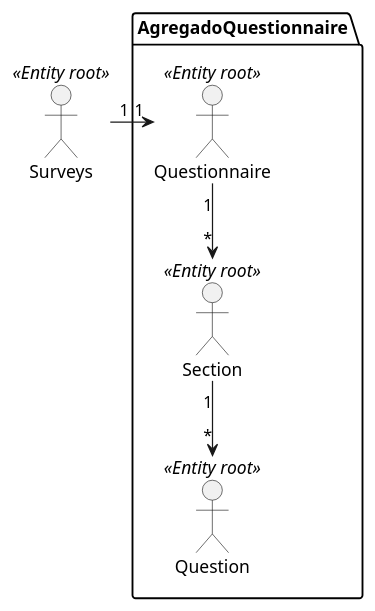
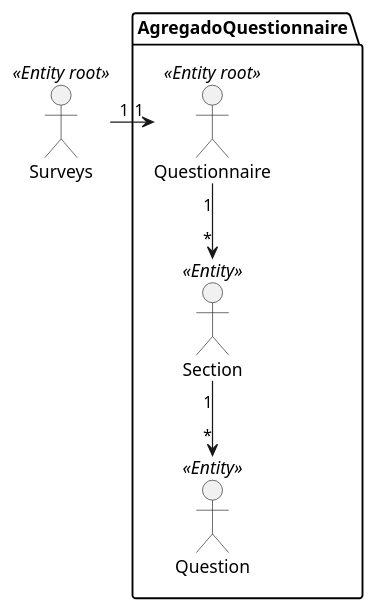
Before and after one commit to LourencoMelo/ISEP-EAPLI: the diagram in Documentation/Geral/Diagrams Code/AgregadoQuestionnaire.puml, drawn with PlantUML. The commit also changed 5 other files, not shown here.

```diff
--- a/Documentation/Geral/Diagrams Code/AgregadoQuestionnaire.puml
+++ b/Documentation/Geral/Diagrams Code/AgregadoQuestionnaire.puml
@@ -1,15 +1,15 @@
 @startuml
 'https://plantuml.com/class-diagram
 
 Surveys <<Entity root>>
 package AgregadoQuestionnaire {
 Questionnaire <<Entity root>>
-Section <<Entity root>>
-Question <<Entity root>>
+Section <<Entity>>
+Question <<Entity>>
 }
 
 Surveys "1" -right-> "1" Questionnaire
 Questionnaire "1" --> "*" Section
 Section "1" --> "*" Question
 
 @enduml
```
